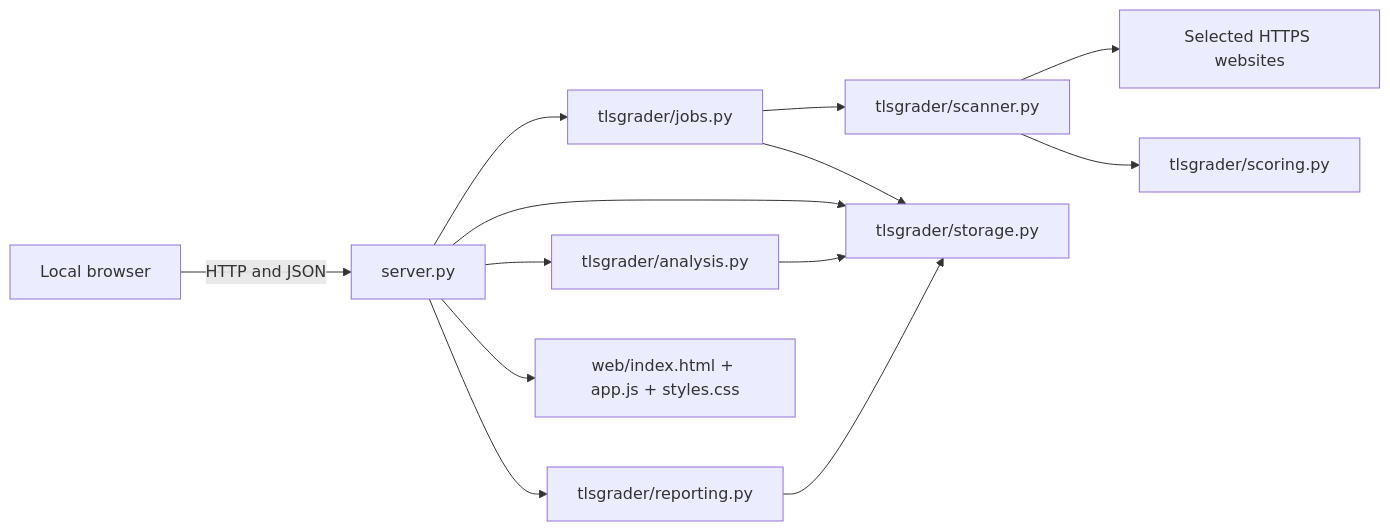
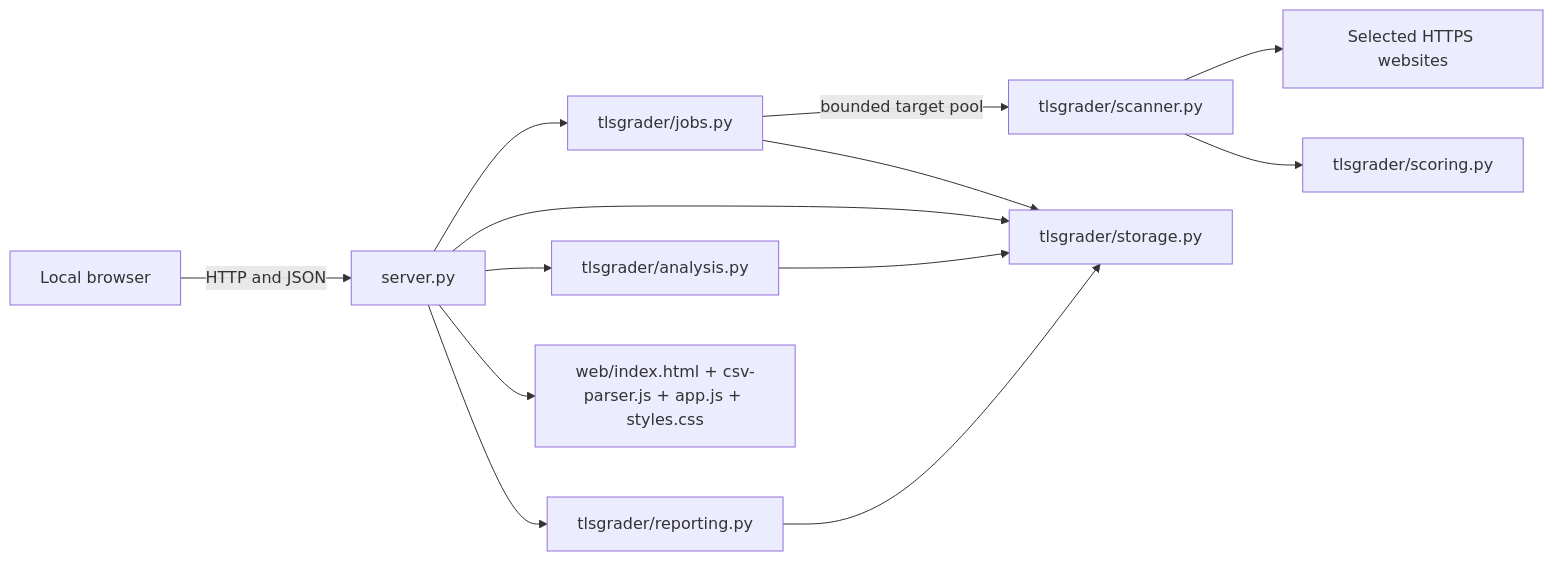
One commit to huhuhuyqy/cipherline-tls-grader changed the diagram in CODE_MANUAL.md. Above: the diagram before and after it, drawn with Mermaid. The commit also changed other lines of this file and 34 other files, not shown here.

````diff
--- a/CODE_MANUAL.md
+++ b/CODE_MANUAL.md
@@ -18,15 +18,15 @@
 ```mermaid
 flowchart LR
     User[Local browser] -->|HTTP and JSON| Server[server.py]
     Server --> Jobs[tlsgrader/jobs.py]
-    Jobs --> Scanner[tlsgrader/scanner.py]
+    Jobs -->|bounded target pool| Scanner[tlsgrader/scanner.py]
     Scanner --> Websites[Selected HTTPS websites]
     Scanner --> Scoring[tlsgrader/scoring.py]
     Jobs --> Storage[tlsgrader/storage.py]
     Server --> Storage
     Server --> Analysis[tlsgrader/analysis.py]
     Server --> Reporting[tlsgrader/reporting.py]
     Analysis --> Storage
     Reporting --> Storage
-    Server --> Web[web/index.html + app.js + styles.css]
+    Server --> Web[web/index.html + csv-parser.js + app.js + styles.css]
 ```
````
